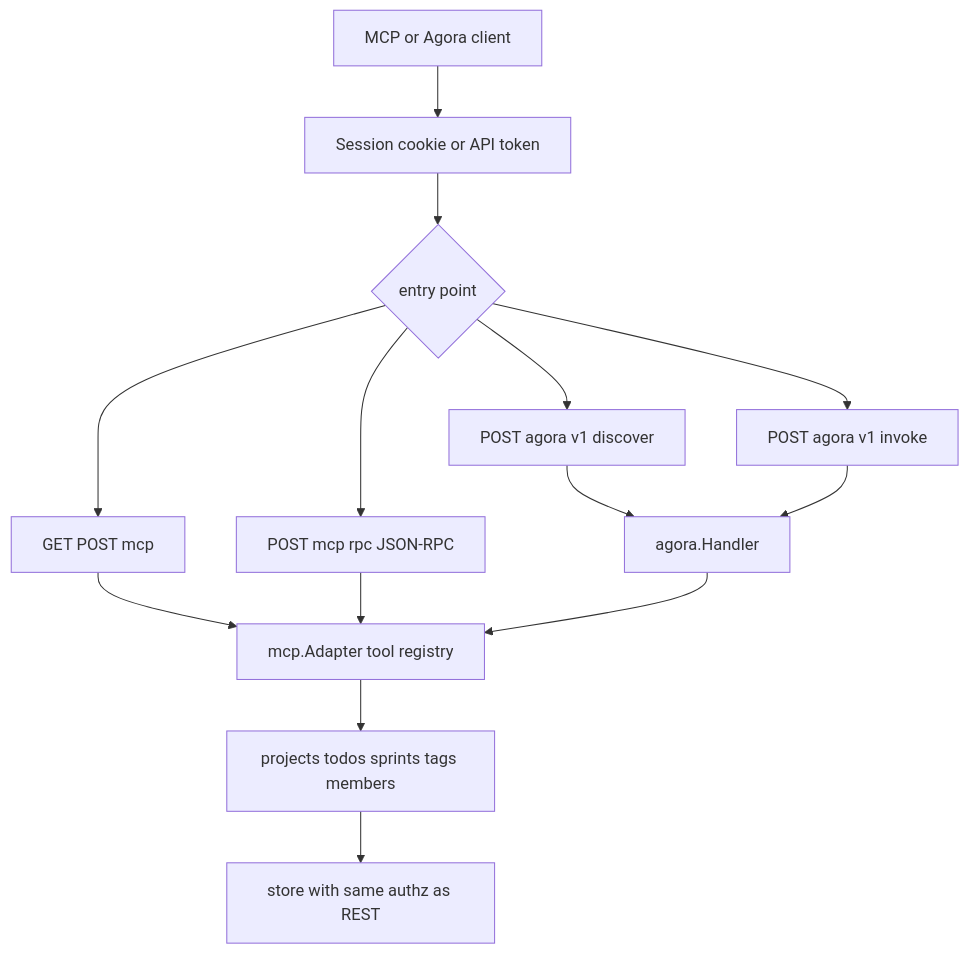
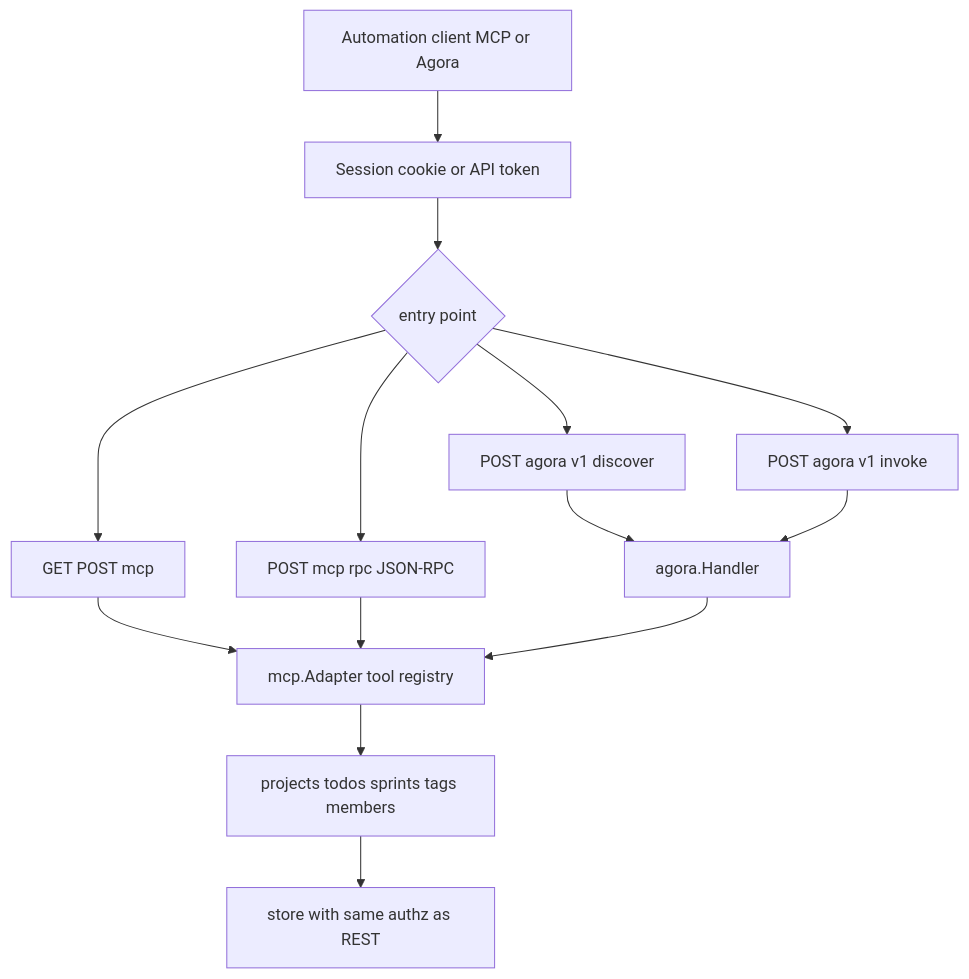
One commit to bhardwajRahul/scrumboy changed the diagram in docs/diagrams/scrumboy_mcp_agora.md. Above: the diagram before and after it, drawn with Mermaid. The commit also changed other lines of this file and 6 other files, not shown here.

Commit message:
maximize diagram + additional diagrams

````diff
--- a/docs/diagrams/scrumboy_mcp_agora.md
+++ b/docs/diagrams/scrumboy_mcp_agora.md
@@ -5,22 +5,22 @@
 ```mermaid
 flowchart TB
-  Client[MCP or Agora client]
+  Client[Automation client MCP or Agora]
   AuthC[Session cookie or API token]
 
   Client --> AuthC
   AuthC --> Entry{entry point}
 
   Entry --> McpRoot["GET POST mcp"]
   Entry --> McpRpc["POST mcp rpc JSON-RPC"]
   Entry --> AgoraD["POST agora v1 discover"]
   Entry --> AgoraI["POST agora v1 invoke"]
 
   McpRoot --> Adapter[mcp.Adapter tool registry]
   McpRpc --> Adapter
   AgoraD --> AgoraH[agora.Handler]
   AgoraI --> AgoraH
   AgoraH --> Adapter
 
   Adapter --> Tools[projects todos sprints tags members]
   Tools --> Store[store with same authz as REST]
 ```
````
